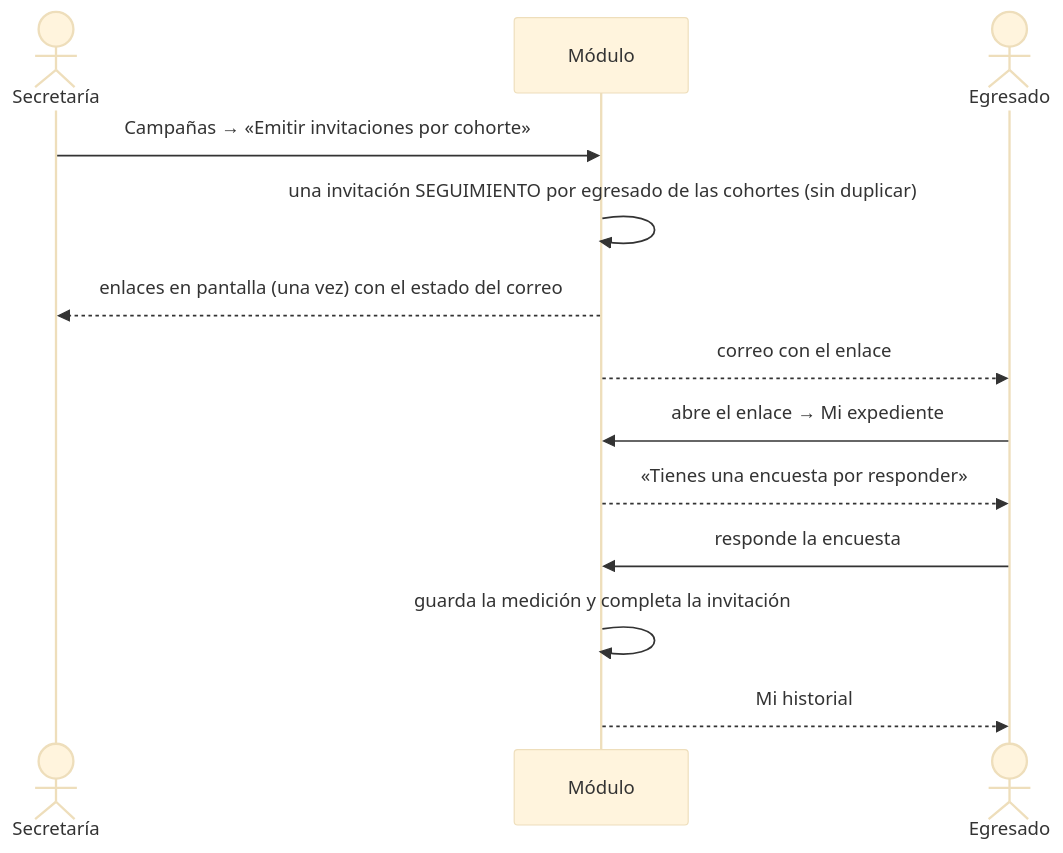
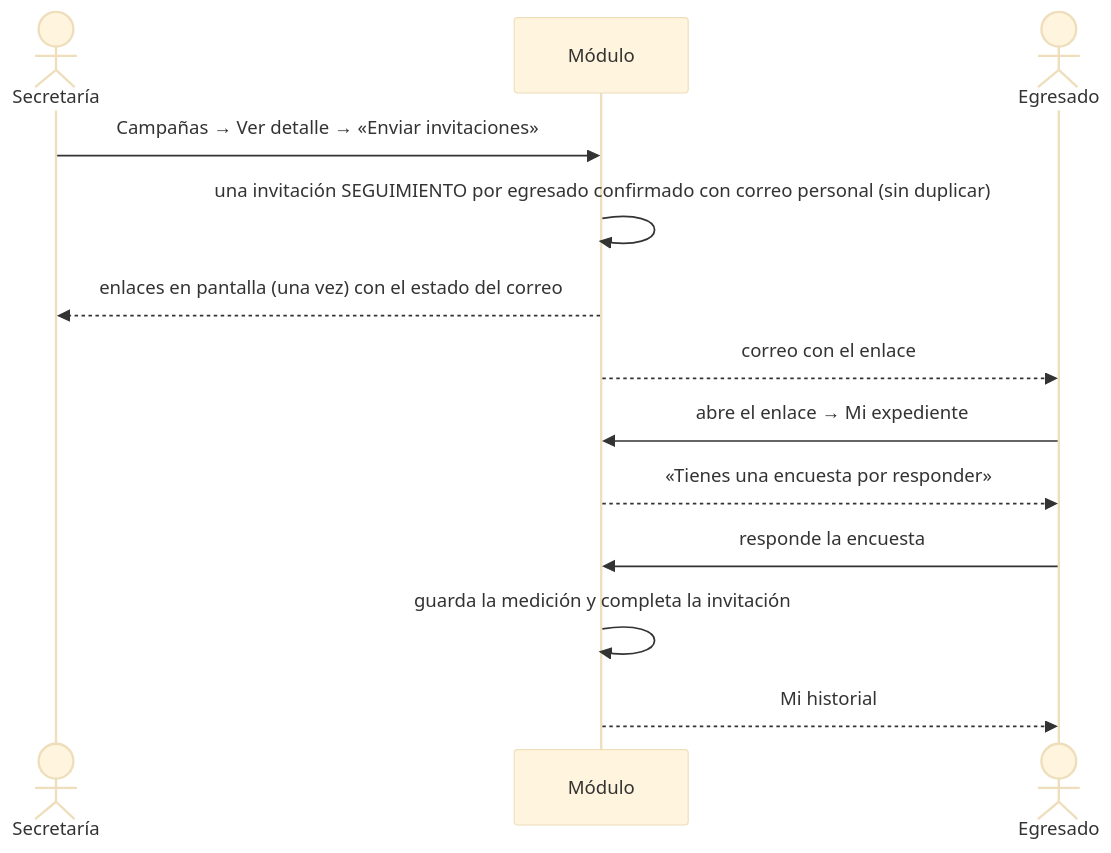
Before and after one commit to Alex300VA24/project-portal-gestion-direccion-escuela: the fourth of 4 diagrams in docs/seguimiento-egresado/flujo.md, drawn with Mermaid (base theme). The commit also changed other lines of this file and 27 other files, not shown here.

Commit message:
feat(egresado): campañas con estado por fechas, detalle en ventana y recordatorio a pendientes

````diff
--- a/docs/seguimiento-egresado/flujo.md
+++ b/docs/seguimiento-egresado/flujo.md
@@ -93,15 +93,15 @@
 ```mermaid
 sequenceDiagram
     actor S as Secretaría
     participant M as Módulo
     actor E as Egresado
-    S->>M: Campañas → «Emitir invitaciones por cohorte»
-    M->>M: una invitación SEGUIMIENTO por egresado de las cohortes (sin duplicar)
+    S->>M: Campañas → Ver detalle → «Enviar invitaciones»
+    M->>M: una invitación SEGUIMIENTO por egresado confirmado con correo personal (sin duplicar)
     M-->>S: enlaces en pantalla (una vez) con el estado del correo
     M-->>E: correo con el enlace
     E->>M: abre el enlace → Mi expediente
     M-->>E: «Tienes una encuesta por responder»
     E->>M: responde la encuesta
     M->>M: guarda la medición y completa la invitación
     M-->>E: Mi historial
 ```
````
